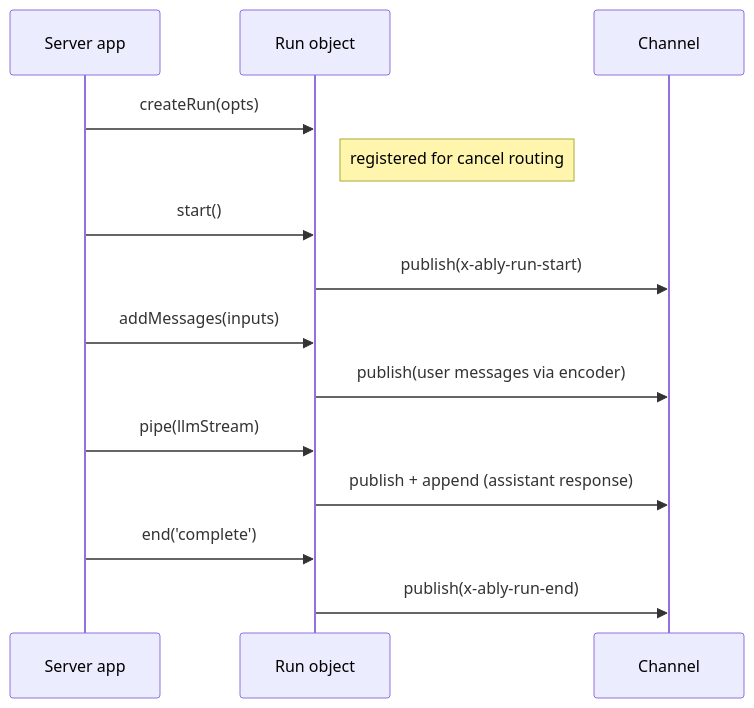
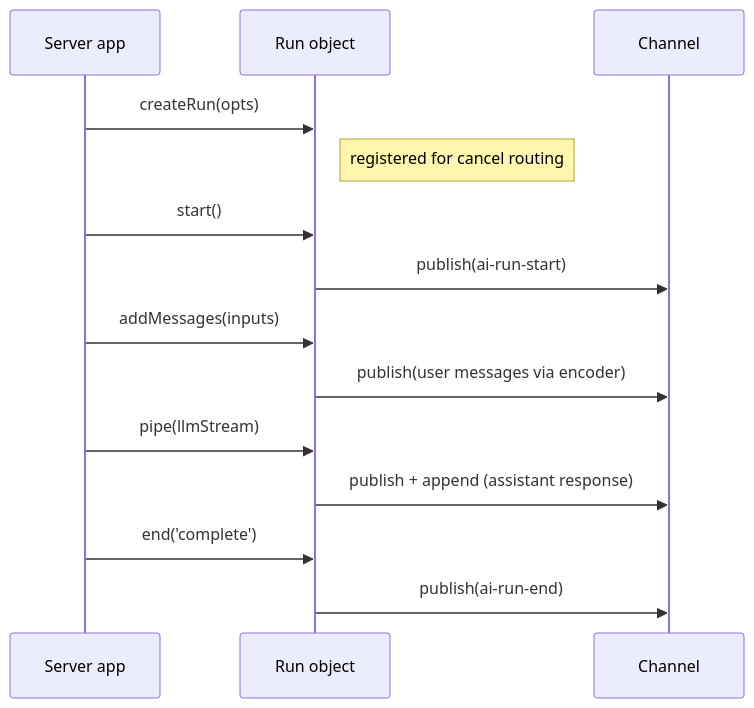
Before and after one commit to ably/ably-ai-transport-js: the diagram in docs/internals/agent-session.md, drawn with Mermaid. The commit also changed other lines of this file and 10 other files, not shown here.

````diff
--- a/docs/internals/agent-session.md
+++ b/docs/internals/agent-session.md
@@ -36,17 +36,17 @@
 ```mermaid
 sequenceDiagram
     participant App as Server app
     participant Run as Run object
     participant Ch as Channel
 
     App->>Run: createRun(opts)
     Note right of Run: registered for cancel routing
     App->>Run: start()
-    Run->>Ch: publish(x-ably-run-start)
+    Run->>Ch: publish(ai-run-start)
     App->>Run: addMessages(inputs)
     Run->>Ch: publish(user messages via encoder)
     App->>Run: pipe(llmStream)
     Run->>Ch: publish + append (assistant response)
     App->>Run: end('complete')
-    Run->>Ch: publish(x-ably-run-end)
+    Run->>Ch: publish(ai-run-end)
 ```
````
